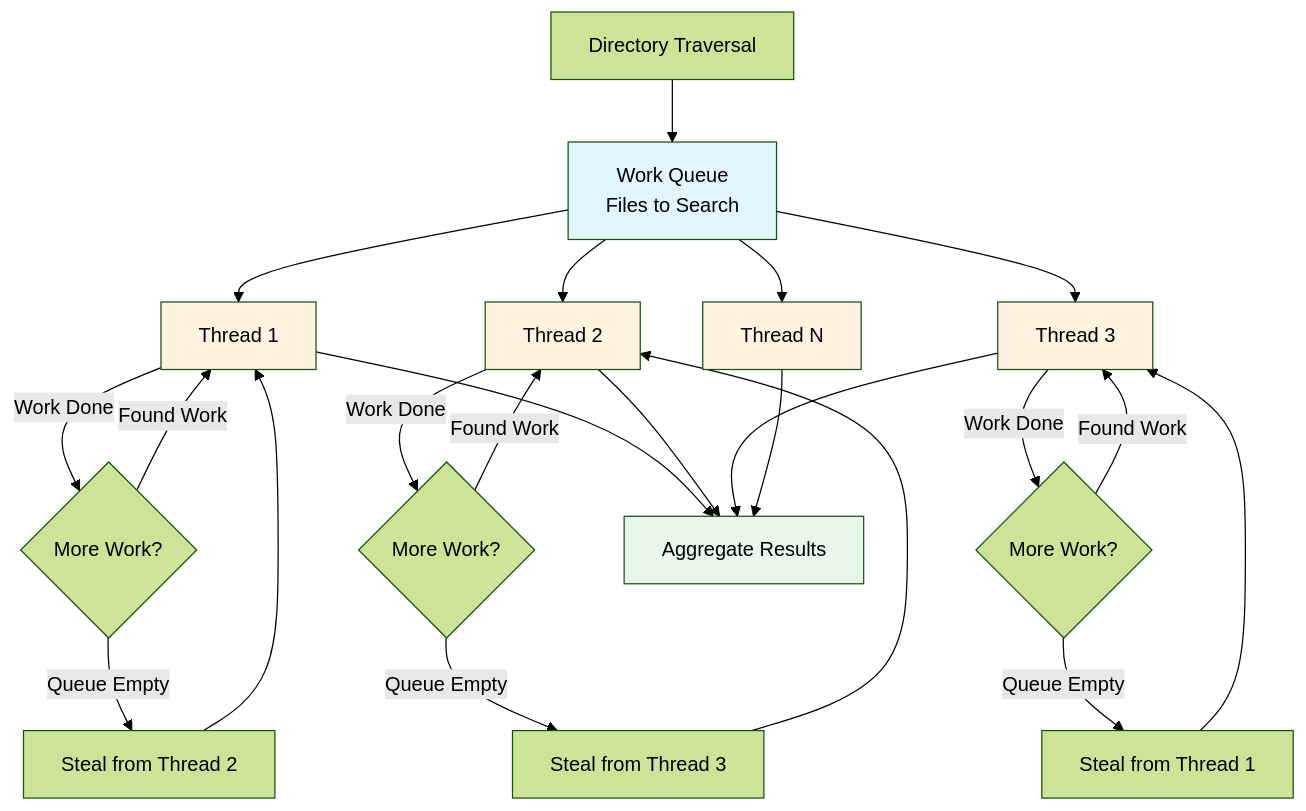
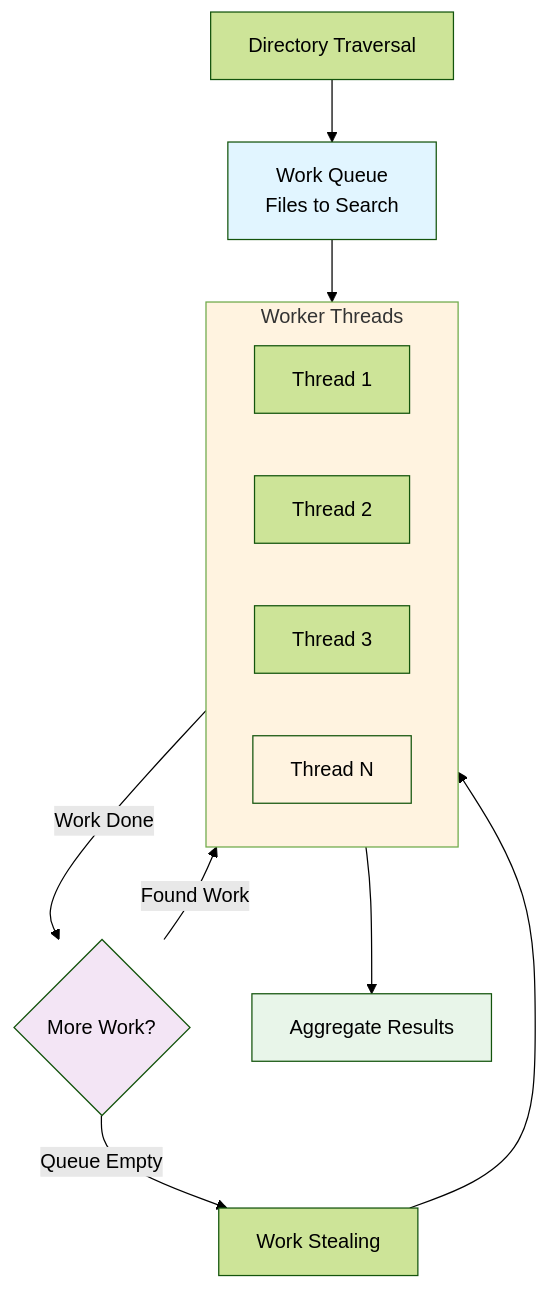
One commit to iepathos/ripgrep changed the first of 3 diagrams in docs/performance.md. Above: the diagram before and after it, drawn with Mermaid (forest theme). The commit also changed 3 other files, not shown here.

First line of the commit message:
fix: improve Mermaid diagram readability

````diff
--- a/docs/performance.md
+++ b/docs/performance.md
@@ -56,37 +56,28 @@
 ```mermaid
 graph TD
     Start[Directory Traversal] --> WorkQueue["Work Queue
 Files to Search"]
-    WorkQueue --> T1[Thread 1]
-    WorkQueue --> T2[Thread 2]
-    WorkQueue --> T3[Thread 3]
-    WorkQueue --> TN[Thread N]
 
-    T1 -->|Work Done| Steal1{More Work?}
-    T2 -->|Work Done| Steal2{More Work?}
-    T3 -->|Work Done| Steal3{More Work?}
+    subgraph Workers["Worker Threads"]
+        T1[Thread 1]
+        T2[Thread 2]
+        T3[Thread 3]
+        TN[Thread N]
+    end
 
-    Steal1 -->|Queue Empty| StealFrom2[Steal from Thread 2]
-    Steal2 -->|Queue Empty| StealFrom3[Steal from Thread 3]
-    Steal3 -->|Queue Empty| StealFrom1[Steal from Thread 1]
+    WorkQueue --> Workers
 
-    StealFrom2 --> T1
-    StealFrom3 --> T2
-    StealFrom1 --> T3
+    Workers -->|Work Done| Steal{More Work?}
 
-    Steal1 -->|Found Work| T1
-    Steal2 -->|Found Work| T2
-    Steal3 -->|Found Work| T3
+    Steal -->|Queue Empty| StealWork[Work Stealing]
+    Steal -->|Found Work| Workers
 
-    T1 --> Results[Aggregate Results]
-    T2 --> Results
-    T3 --> Results
-    TN --> Results
+    StealWork --> Workers
+    Workers --> Results[Aggregate Results]
 
     style WorkQueue fill:#e1f5ff
-    style T1 fill:#fff3e0
-    style T2 fill:#fff3e0
-    style T3 fill:#fff3e0
+    style Workers fill:#fff3e0
+    style Steal fill:#f3e5f5
     style TN fill:#fff3e0
     style Results fill:#e8f5e9
 ```
````
